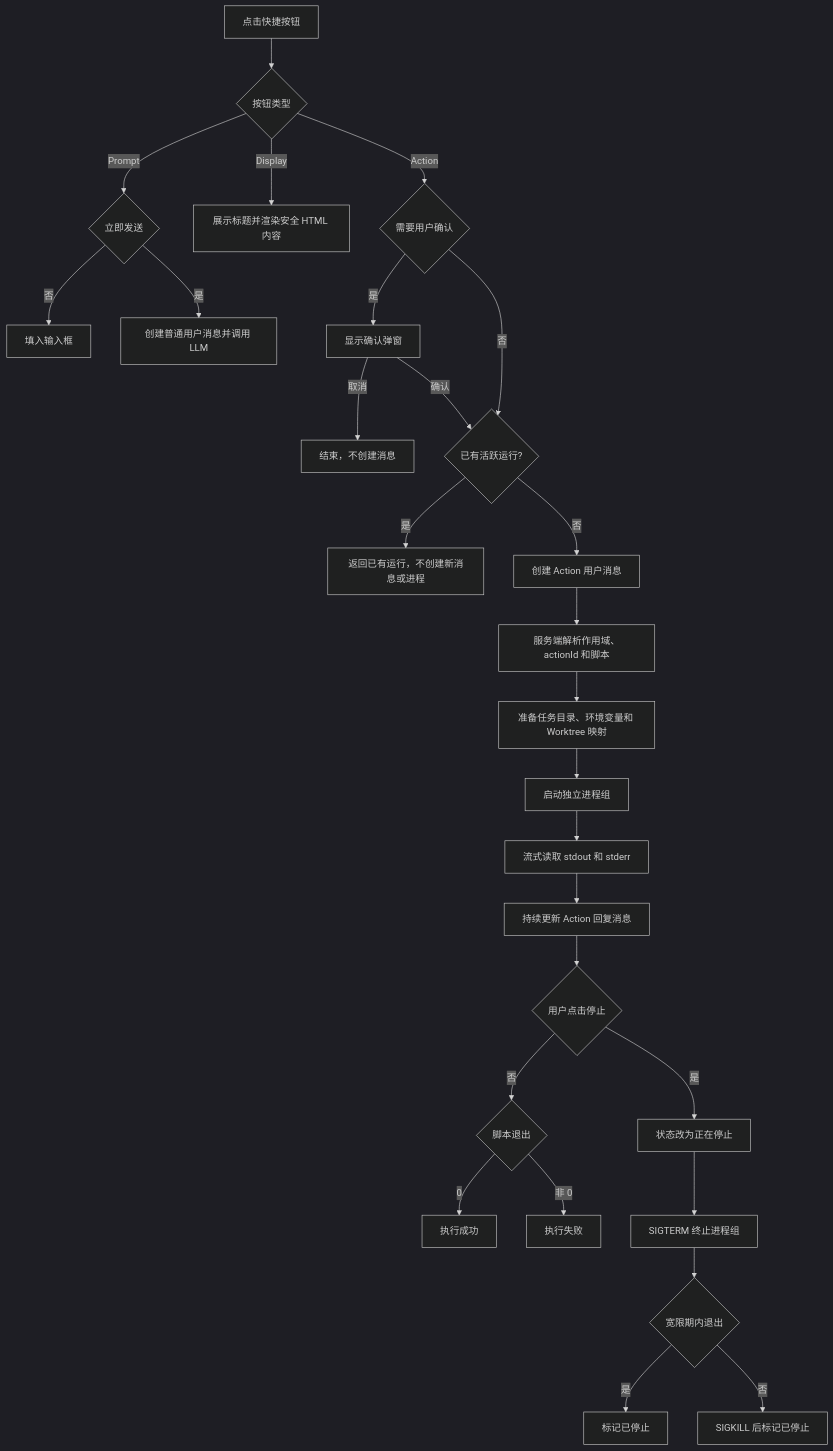
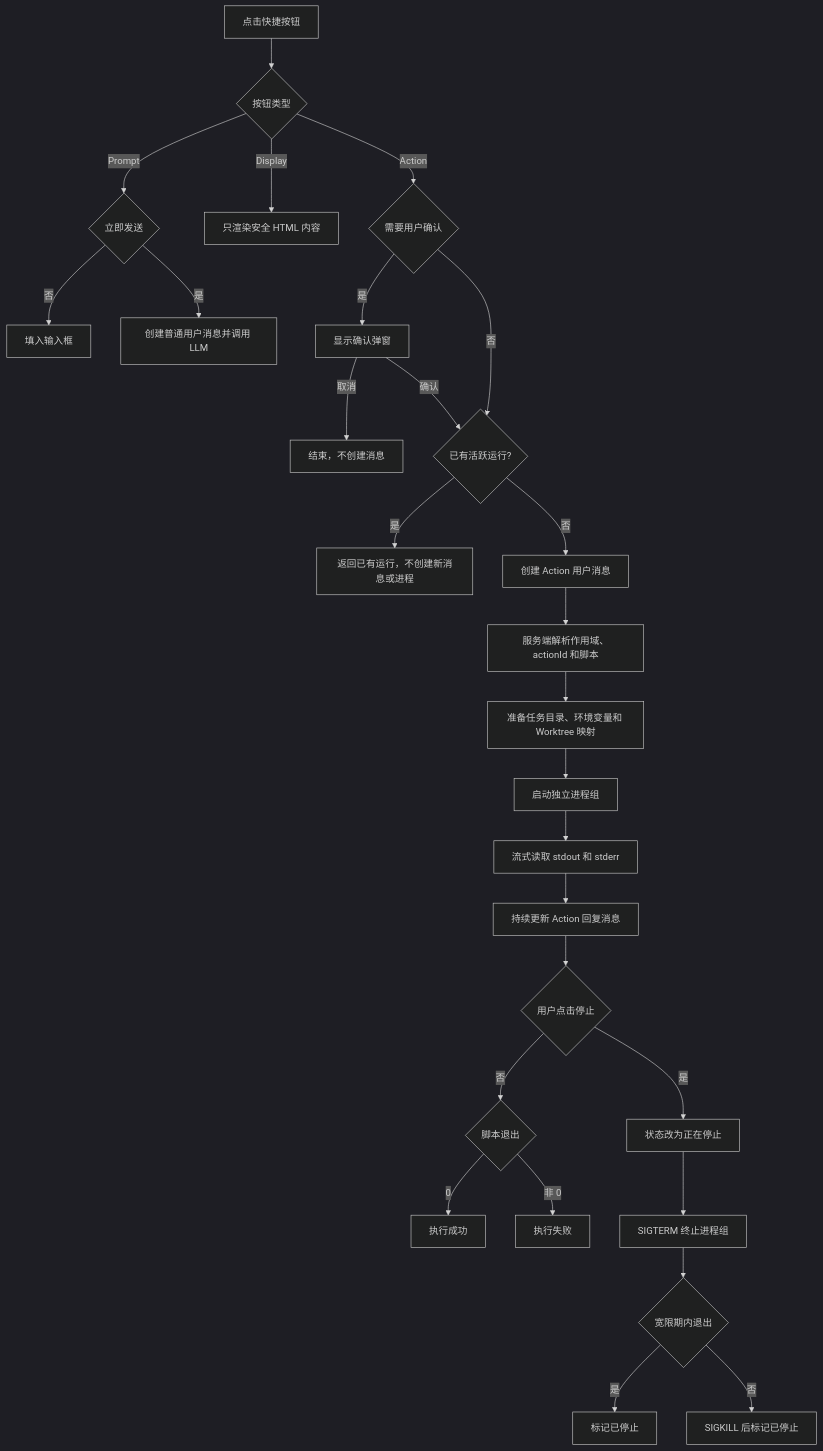
The diagram in plans/action-shortcuts.md (xzregg/workstep), drawn with Mermaid (dark theme) before and after one commit. The commit also changed other lines of this file and 86 other files, not shown here.

````diff
--- a/plans/action-shortcuts.md
+++ b/plans/action-shortcuts.md
@@ -121,29 +121,29 @@
 ```mermaid
 flowchart TD
     A[点击快捷按钮] --> B{按钮类型}
     B -->|Prompt| C{立即发送}
     C -->|否| D[填入输入框]
     C -->|是| E[创建普通用户消息并调用 LLM]
-    B -->|Display| F[展示标题并渲染安全 HTML 内容]
+    B -->|Display| F[只渲染安全 HTML 内容]
     B -->|Action| F1{需要用户确认}
     F1 -->|是| F2[显示确认弹窗]
     F2 -->|取消| F3[结束，不创建消息]
     F2 -->|确认| G{已有活跃运行?}
     F1 -->|否| G
     G -->|是| G1[返回已有运行，不创建新消息或进程]
     G -->|否| G2[创建 Action 用户消息]
     G2 --> H[服务端解析作用域、actionId 和脚本]
     H --> I[准备任务目录、环境变量和 Worktree 映射]
     I --> J[启动独立进程组]
     J --> K[流式读取 stdout 和 stderr]
     K --> L[持续更新 Action 回复消息]
     L --> M{用户点击停止}
     M -->|否| N{脚本退出}
     N -->|0| O[执行成功]
     N -->|非 0| P[执行失败]
     M -->|是| Q[状态改为正在停止]
     Q --> R[SIGTERM 终止进程组]
     R --> S{宽限期内退出}
     S -->|是| T[标记已停止]
     S -->|否| U[SIGKILL 后标记已停止]
 ```
````
